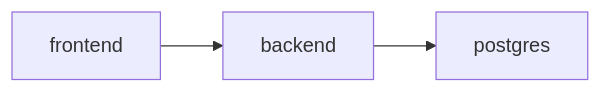
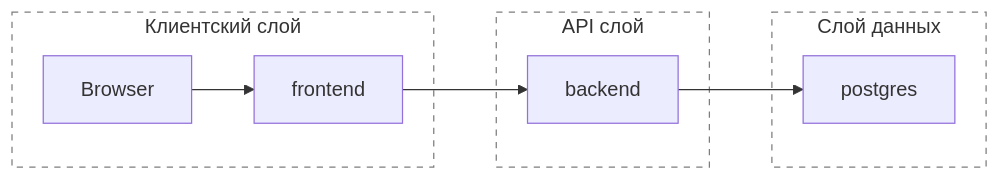
Before and after one commit to alenisaw/invision_u_Vi-Ka: the diagram in docs/rus/DOCKER.md, drawn with Mermaid. The commit also changed other lines of this file and 295 other files, not shown here.

````diff
--- a/docs/rus/DOCKER.md
+++ b/docs/rus/DOCKER.md
@@ -33,9 +34,23 @@
 ```mermaid
 flowchart LR
-    Frontend["frontend"]
-    Backend["backend"]
-    DB["postgres"]
+    subgraph ClientLayer["Клиентский слой"]
+        Browser["Browser"]
+        Frontend["frontend"]
+    end
 
+    subgraph ApiLayer["API слой"]
+        Backend["backend"]
+    end
+
+    subgraph DataLayer["Слой данных"]
+        DB["postgres"]
+    end
+
+    Browser --> Frontend
     Frontend --> Backend
     Backend --> DB
+
+    style ClientLayer fill:transparent,stroke:#7d7d7d,stroke-dasharray: 5 5
+    style ApiLayer fill:transparent,stroke:#7d7d7d,stroke-dasharray: 5 5
+    style DataLayer fill:transparent,stroke:#7d7d7d,stroke-dasharray: 5 5
 ```
````
